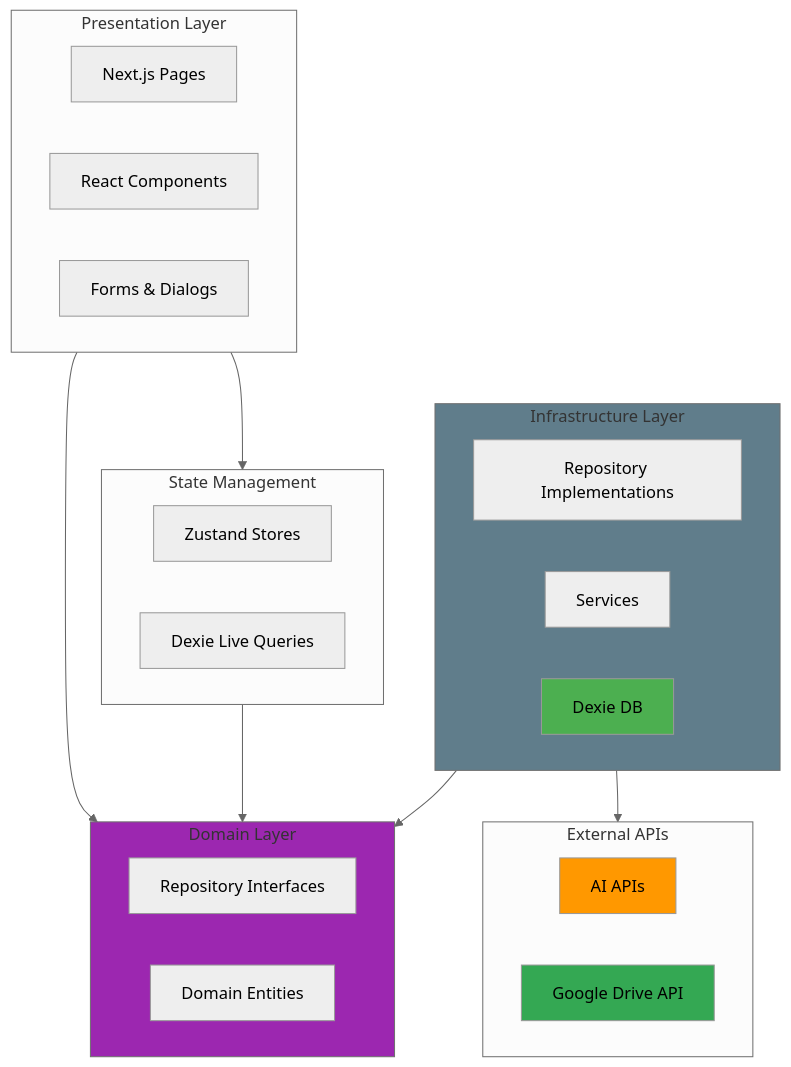
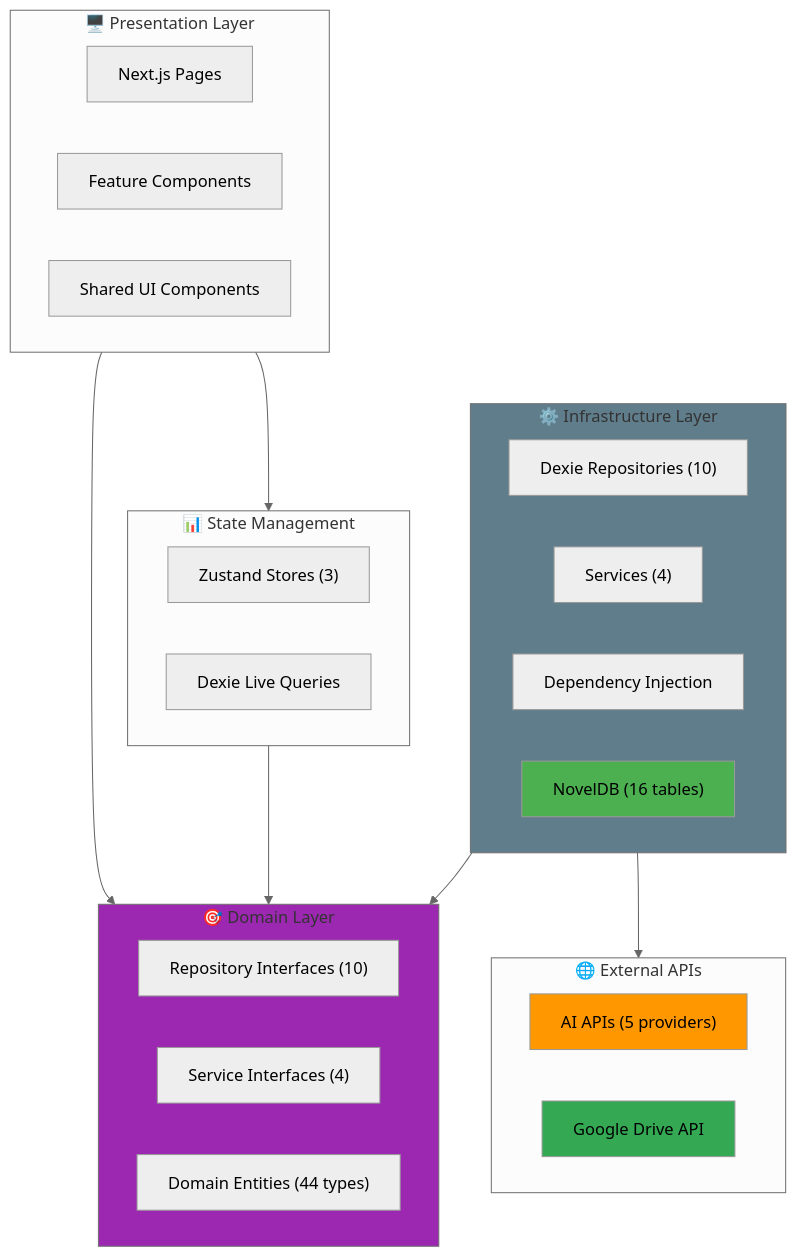
The first of 22 diagrams in docs/architecture_doc.md (Sai-Roopesh/becomeAnAuthor), drawn with Mermaid (neutral theme) before and after one commit. The commit also changed other lines of this file and 42 other files, not shown here.

Commit message:
feat: introduce core domain entities, implement AI chat and codex entity editor components, and add various utility services

````diff
--- a/docs/architecture_doc.md
+++ b/docs/architecture_doc.md
@@ -54,43 +31,45 @@
 ```mermaid
 flowchart TB
-    subgraph UI["Presentation Layer"]
+    subgraph UI["🖥️ Presentation Layer"]
         Pages["Next.js Pages"]
-        Components["React Components"]
-        Forms["Forms & Dialogs"]
+        Features["Feature Components"]
+        Shared["Shared UI Components"]
     end
     
-    subgraph State["State Management"]
-        Zustand["Zustand Stores"]
+    subgraph State["📊 State Management"]
+        Zustand["Zustand Stores (3)"]
         LiveQueries["Dexie Live Queries"]
     end
     
-    subgraph Domain["Domain Layer"]
-        Interfaces["Repository Interfaces"]
-        Entities["Domain Entities"]
+    subgraph Domain["🎯 Domain Layer"]
+        RepoInterfaces["Repository Interfaces (10)"]
+        ServiceInterfaces["Service Interfaces (4)"]
+        Entities["Domain Entities (44 types)"]
     end
 
-    subgraph Infrastructure["Infrastructure Layer"]
-        Impl["Repository Implementations"]
-        Services["Services"]
-        DB["Dexie DB"]
+    subgraph Infrastructure["⚙️ Infrastructure Layer"]
+        RepoImpl["Dexie Repositories (10)"]
+        ServiceImpl["Services (4)"]
+        DI["Dependency Injection"]
+        DB["NovelDB (16 tables)"]
     end
     
-    subgraph External["External APIs"]
-        AI["AI APIs"]
+    subgraph External["🌐 External APIs"]
+        AI["AI APIs (5 providers)"]
         Drive["Google Drive API"]
     end
     
     UI --> State
     UI --> Domain
     
     State --> Domain
     
     Infrastructure --> Domain
     Infrastructure --> External
     
     style DB fill:#4CAF50
     style AI fill:#FF9800
     style Drive fill:#34A853
     style Domain fill:#9C27B0
     style Infrastructure fill:#607D8B
 ```
````
